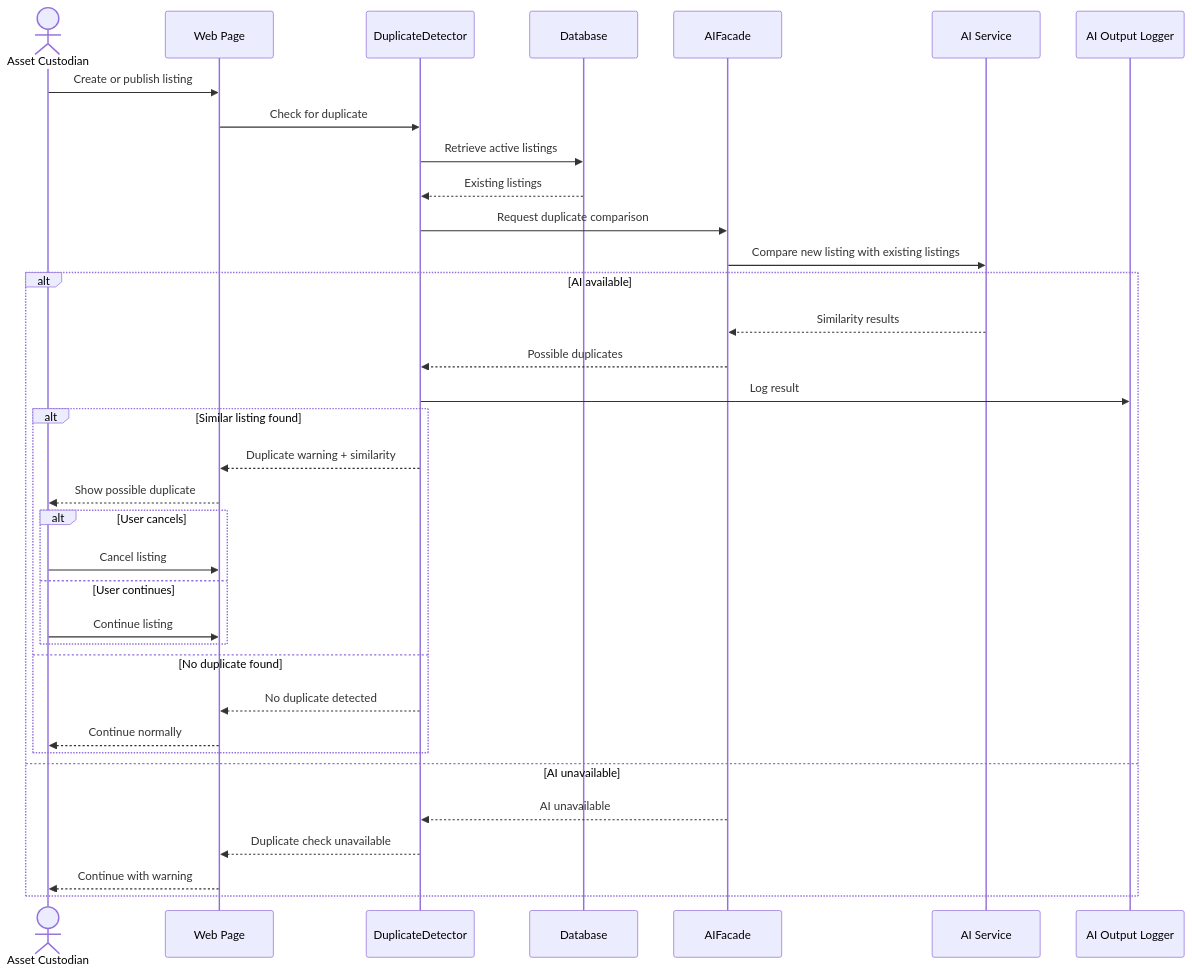
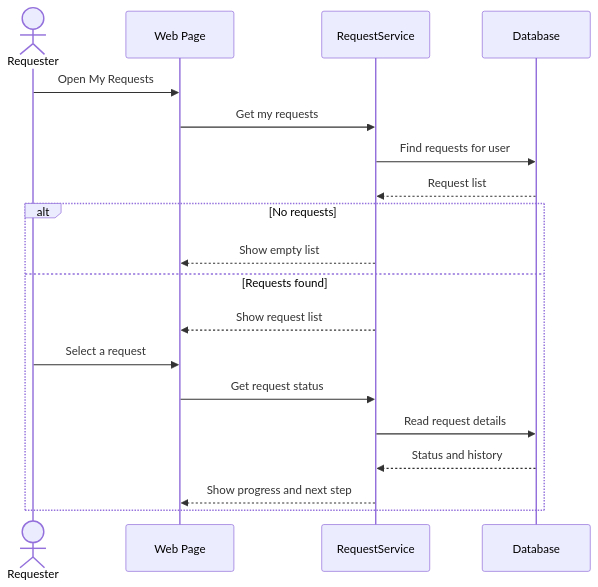
One commit to Abdulla66541/COSC336-GROUP5 changed the eighth of 12 diagrams in phase 4-5/01_part1_assets_marketplace_requests.md. Above: the diagram before and after it, drawn with Mermaid. The commit also changed other lines of this file, not shown here.

````diff
--- a/phase 4-5/01_part1_assets_marketplace_requests.md
+++ b/phase 4-5/01_part1_assets_marketplace_requests.md
@@ -433,43 +362,23 @@
 ```mermaid
 sequenceDiagram
-    actor AC as Asset Custodian
+    actor RQ as Requester
     participant UI as Web Page
-    participant DD as DuplicateDetector
+    participant S as RequestService
     participant DB as Database
-    participant AF as AIFacade
-    participant AI as AI Service
-    participant LOG as AI Output Logger
 
-    AC->>UI: Create or publish listing
-    UI->>DD: Check for duplicate
-    DD->>DB: Retrieve active listings
-    DB-->>DD: Existing listings
-    DD->>AF: Request duplicate comparison
-    AF->>AI: Compare new listing with existing listings
+    RQ->>UI: Open My Requests
+    UI->>S: Get my requests
+    S->>DB: Find requests for user
+    DB-->>S: Request list
 
-    alt AI available
-        AI-->>AF: Similarity results
-        AF-->>DD: Possible duplicates
-        DD->>LOG: Log result
-
-        alt Similar listing found
-            DD-->>UI: Duplicate warning + similarity
-            UI-->>AC: Show possible duplicate
-
-            alt User cancels
-                AC->>UI: Cancel listing
-            else User continues
-                AC->>UI: Continue listing
-            end
-
-        else No duplicate found
-            DD-->>UI: No duplicate detected
-            UI-->>AC: Continue normally
-        end
-
-    else AI unavailable
-        AF-->>DD: AI unavailable
-        DD-->>UI: Duplicate check unavailable
-        UI-->>AC: Continue with warning
+    alt No requests
+        S-->>UI: Show empty list
+    else Requests found
+        S-->>UI: Show request list
+        RQ->>UI: Select a request
+        UI->>S: Get request status
+        S->>DB: Read request details
+        DB-->>S: Status and history
+        S-->>UI: Show progress and next step
     end
 ```
````
